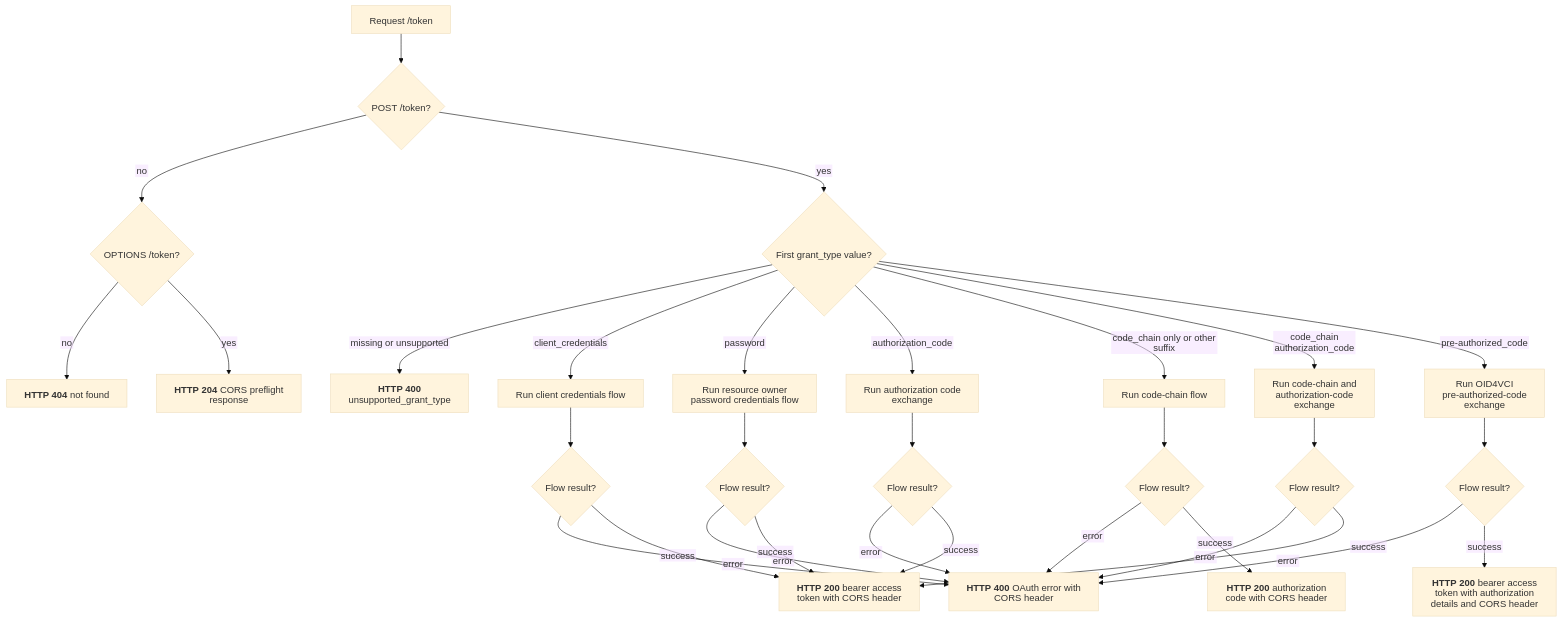
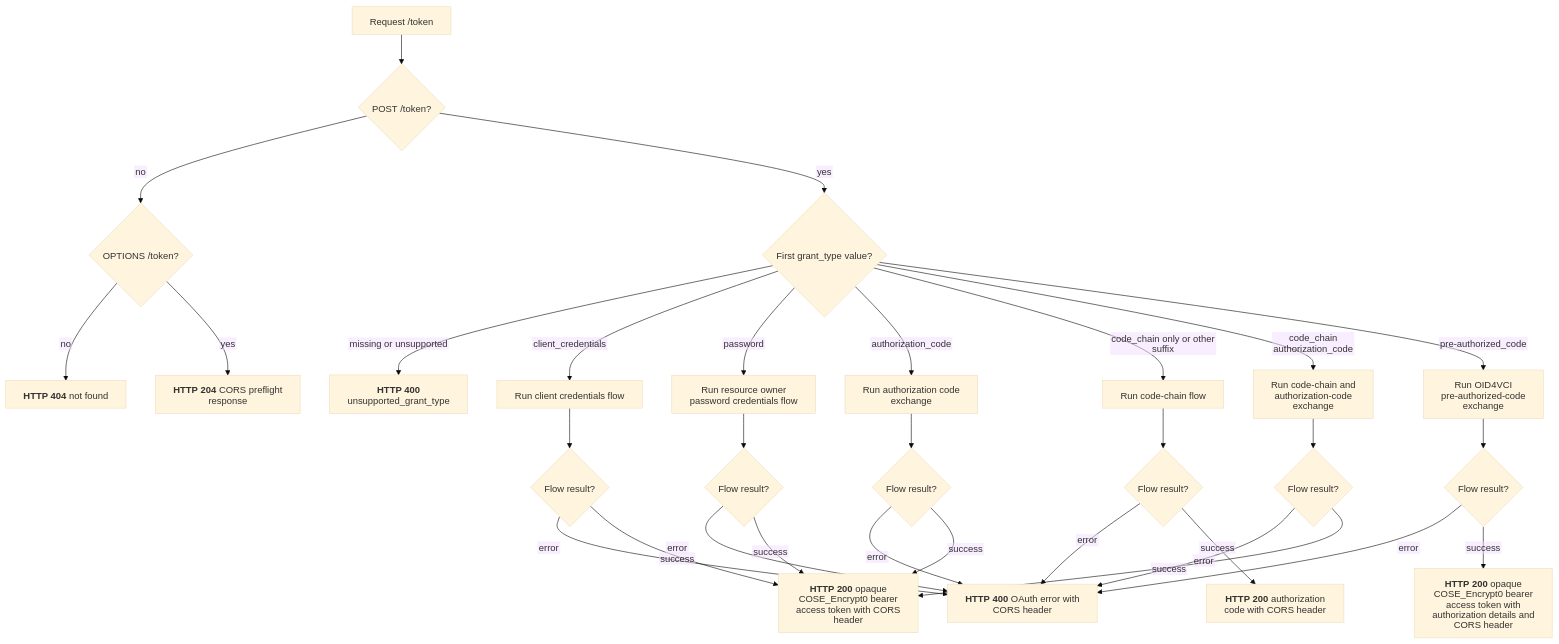
The diagram in docs/flows/oauth/token_endpoint.mmd (malach-it/kagome), drawn with Mermaid (base theme) before and after one commit. The commit also changed 56 other files, not shown here.

```diff
--- a/docs/flows/oauth/token_endpoint.mmd
+++ b/docs/flows/oauth/token_endpoint.mmd
@@ -1,32 +1,32 @@
 %%{init: {"htmlLabels": false, "flowchart": {"htmlLabels": false}}}%%
 flowchart TD
     start[Request /token] --> route{POST /token?}
     route -- no --> preflight{OPTIONS /token?}
     preflight -- no --> not_found["`**HTTP 404** not found`"]
     preflight -- yes --> preflight_success["`**HTTP 204** CORS preflight response`"]
     route -- yes --> grant{First grant_type value?}
     grant -- missing or unsupported --> unsupported["`**HTTP 400** unsupported_grant_type`"]
     grant -- client_credentials --> client_flow[Run client credentials flow]
     grant -- password --> password_flow[Run resource owner password credentials flow]
     grant -- authorization_code --> auth_code_flow[Run authorization code exchange]
     grant -- code_chain only or other suffix --> chain_flow[Run code-chain flow]
     grant -- code_chain authorization_code --> combined_flow[Run code-chain and authorization-code exchange]
     grant -- pre-authorized_code --> pre_authorized_flow[Run OID4VCI pre-authorized-code exchange]
     client_flow --> client_result{Flow result?}
     password_flow --> password_result{Flow result?}
     auth_code_flow --> auth_result{Flow result?}
     chain_flow --> chain_result{Flow result?}
     combined_flow --> combined_result{Flow result?}
     pre_authorized_flow --> pre_authorized_result{Flow result?}
     client_result -- error --> oauth_error["`**HTTP 400** OAuth error with CORS header`"]
     password_result -- error --> oauth_error
     auth_result -- error --> oauth_error
     chain_result -- error --> oauth_error
     combined_result -- error --> oauth_error
     pre_authorized_result -- error --> oauth_error
-    client_result -- success --> access_success["`**HTTP 200** bearer access token with CORS header`"]
+    client_result -- success --> access_success["`**HTTP 200** opaque COSE_Encrypt0 bearer access token with CORS header`"]
     password_result -- success --> access_success
     auth_result -- success --> access_success
     chain_result -- success --> code_success["`**HTTP 200** authorization code with CORS header`"]
     combined_result -- success --> access_success
-    pre_authorized_result -- success --> credential_access_success["`**HTTP 200** bearer access token with authorization details and CORS header`"]
+    pre_authorized_result -- success --> credential_access_success["`**HTTP 200** opaque COSE_Encrypt0 bearer access token with authorization details and CORS header`"]
```
